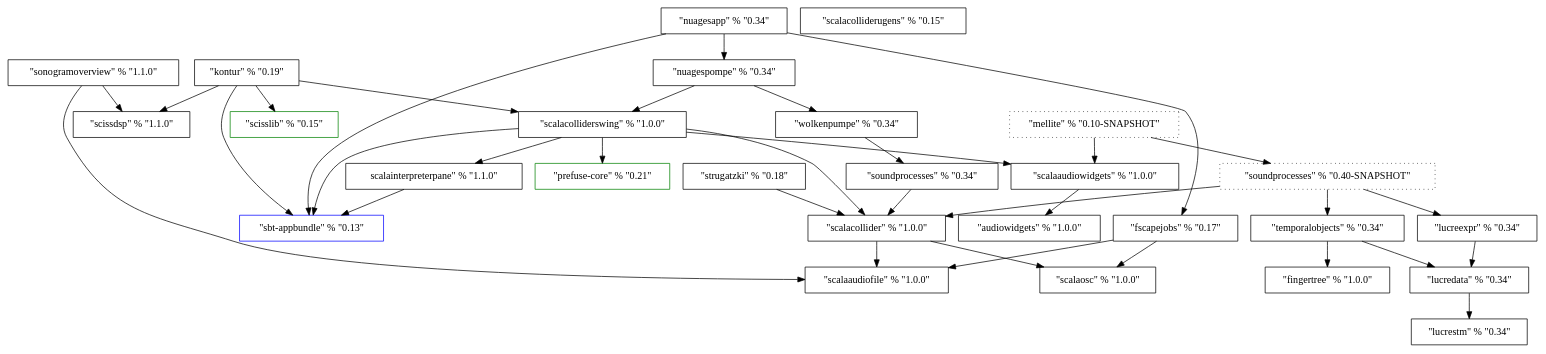
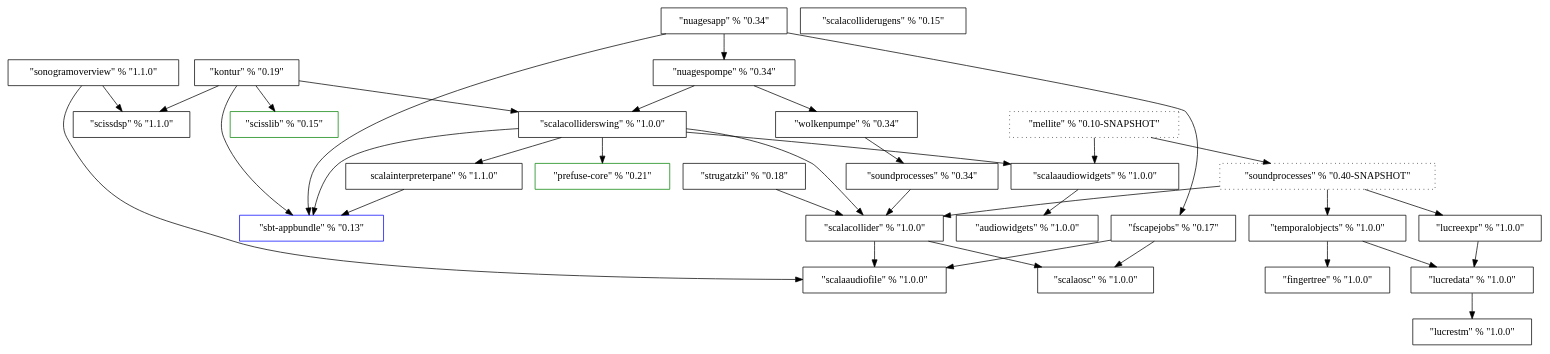
The diagram in ProjectDependencies/dep.dot (Sciss/HistoricalCode), drawn with Graphviz before and after one commit.

```diff
--- a/ProjectDependencies/dep.dot
+++ b/ProjectDependencies/dep.dot
@@ -1,64 +1,64 @@
 digraph G {
 	ScalaOSC [label="\"scalaosc\" % \"1.0.0\"", shape=box];
 	ScalaAudioFile [label="\"scalaaudiofile\" % \"1.0.0\"", shape=box];
 	FScapeJobs [label="\"fscapejobs\" % \"0.17\"", shape=box];
 	AudioWidgets [label="\"audiowidgets\" % \"1.0.0\"", shape=box];
 	ScalaAudioWidgets [label="\"scalaaudiowidgets\" % \"1.0.0\"", shape=box];
 	SbtAppbundle [label="\"sbt-appbundle\" % \"0.13\"", shape=Box, color=blue];
 	ScissDSP [label="\"scissdsp\" % \"1.1.0\"", shape=Box];
 	SonogramOverview [label="\"sonogramoverview\" % \"1.1.0\"", shape=Box];
 	ScalaCollider [label="\"scalacollider\" % \"1.0.0\"", shape=Box];
 	Strugatzki [label="\"strugatzki\" % \"0.18\"", shape=Box];
 	ScalaInterpreterPane [label="\scalainterpreterpane\" % \"1.1.0\"", shape=Box];
 	PrefuseCore [label="\"prefuse-core\" % \"0.21\"", shape=Box, color=green];
 	ScalaColliderSwing [label="\"scalacolliderswing\" % \"1.0.0\"", shape=Box];
 	SoundProcesses [label="\"soundprocesses\" % \"0.34\"", shape=Box];
 	Wolkenpumpe [label="\"wolkenpumpe\" % \"0.34\"", shape=Box];
 	NuagesPompe [label="\"nuagespompe\" % \"0.34\"", shape=Box];
 	NuagesApp [label="\"nuagesapp\" % \"0.34\"", shape=Box];
 	ScissLib [label="\"scisslib\" % \"0.15\"", shape=Box, color=green];
 	Kontur [label="\"kontur\" % \"0.19\"", shape=Box];
 	FingerTree [label="\"fingertree\" % \"1.0.0\"", shape=Box];
 	ScalaColliderUGens [label="\"scalacolliderugens\" % \"0.15\"", shape=Box];
-	LucreSTM [label="\"lucrestm\" % \"0.34\"", shape=Box];
-	LucreData [label="\"lucredata\" % \"0.34\"", shape=Box];
-	LucreExpr [label="\"lucreexpr\" % \"0.34\"", shape=Box];
-	TemporalObjects [label="\"temporalobjects\" % \"0.34\"", shape=Box];
+	LucreSTM [label="\"lucrestm\" % \"1.0.0\"", shape=Box];
+	LucreData [label="\"lucredata\" % \"1.0.0\"", shape=Box];
+	LucreExpr [label="\"lucreexpr\" % \"1.0.0\"", shape=Box];
+	TemporalObjects [label="\"temporalobjects\" % \"1.0.0\"", shape=Box];
 	SoundProcesses3 [label="\"soundprocesses\" % \"0.40-SNAPSHOT\"", shape=Box, style=dotted];
 	Mellite [label="\"mellite\" % \"0.10-SNAPSHOT\"", shape=Box, style=dotted];
 	
 	FScapeJobs -> ScalaOSC;
 	FScapeJobs -> ScalaAudioFile;
 	ScalaAudioWidgets -> AudioWidgets;
 	SonogramOverview -> ScalaAudioFile;
 	SonogramOverview -> ScissDSP;
 	ScalaCollider -> ScalaOSC;
 	ScalaCollider -> ScalaAudioFile;
 	Strugatzki -> ScalaCollider;
 	ScalaInterpreterPane -> SbtAppbundle;
 	ScalaColliderSwing -> SbtAppbundle;
 	ScalaColliderSwing -> ScalaCollider;
 	ScalaColliderSwing -> ScalaInterpreterPane;
 	ScalaColliderSwing -> PrefuseCore;
 	ScalaColliderSwing -> ScalaAudioWidgets;
 	SoundProcesses -> ScalaCollider;
 	Wolkenpumpe -> SoundProcesses;
 	NuagesPompe -> Wolkenpumpe;
 	NuagesPompe -> ScalaColliderSwing;
 	NuagesApp -> SbtAppbundle;
 	NuagesApp -> NuagesPompe;
 	NuagesApp -> FScapeJobs;
 	Kontur -> SbtAppbundle;
 	Kontur -> ScalaColliderSwing;
 	Kontur -> ScissDSP;
 	Kontur -> ScissLib;
 	LucreData -> LucreSTM;
    LucreExpr -> LucreData;
 	TemporalObjects -> FingerTree;
 	TemporalObjects -> LucreData;
 	SoundProcesses3 -> ScalaCollider;
 	SoundProcesses3 -> TemporalObjects;
 	SoundProcesses3 -> LucreExpr;
 	Mellite -> SoundProcesses3;
 	Mellite -> ScalaAudioWidgets;
 }
```
